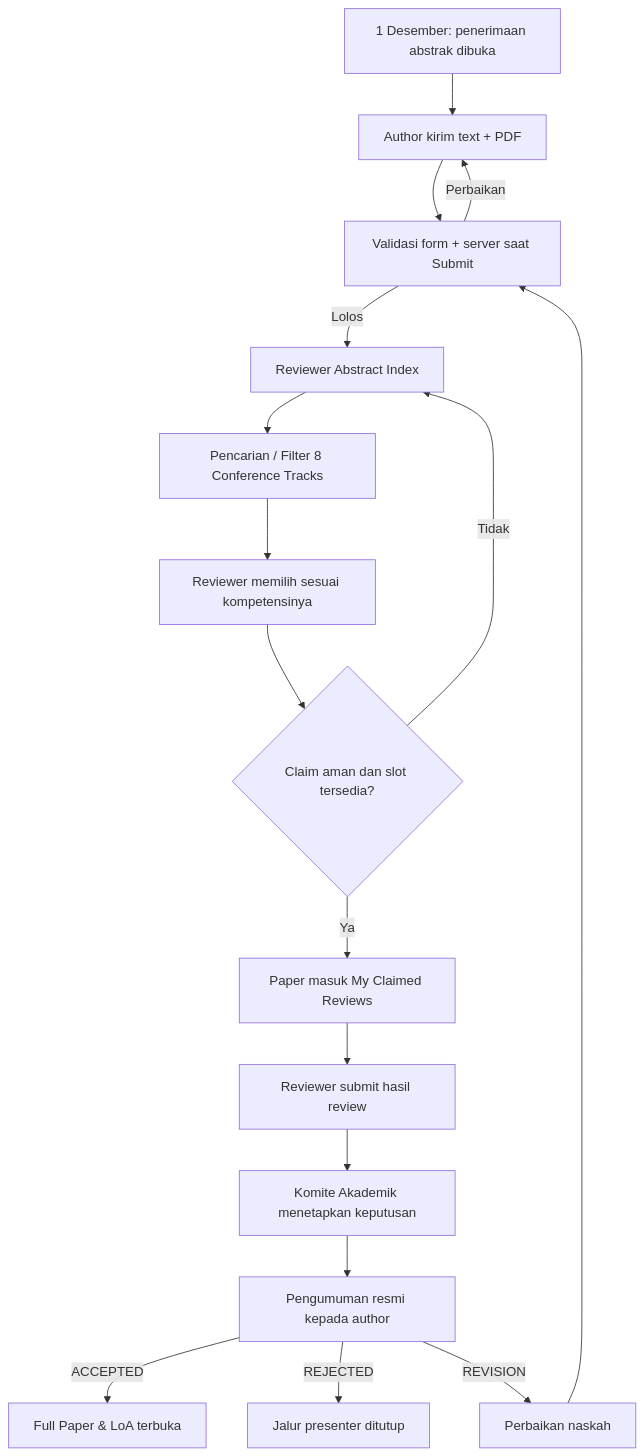
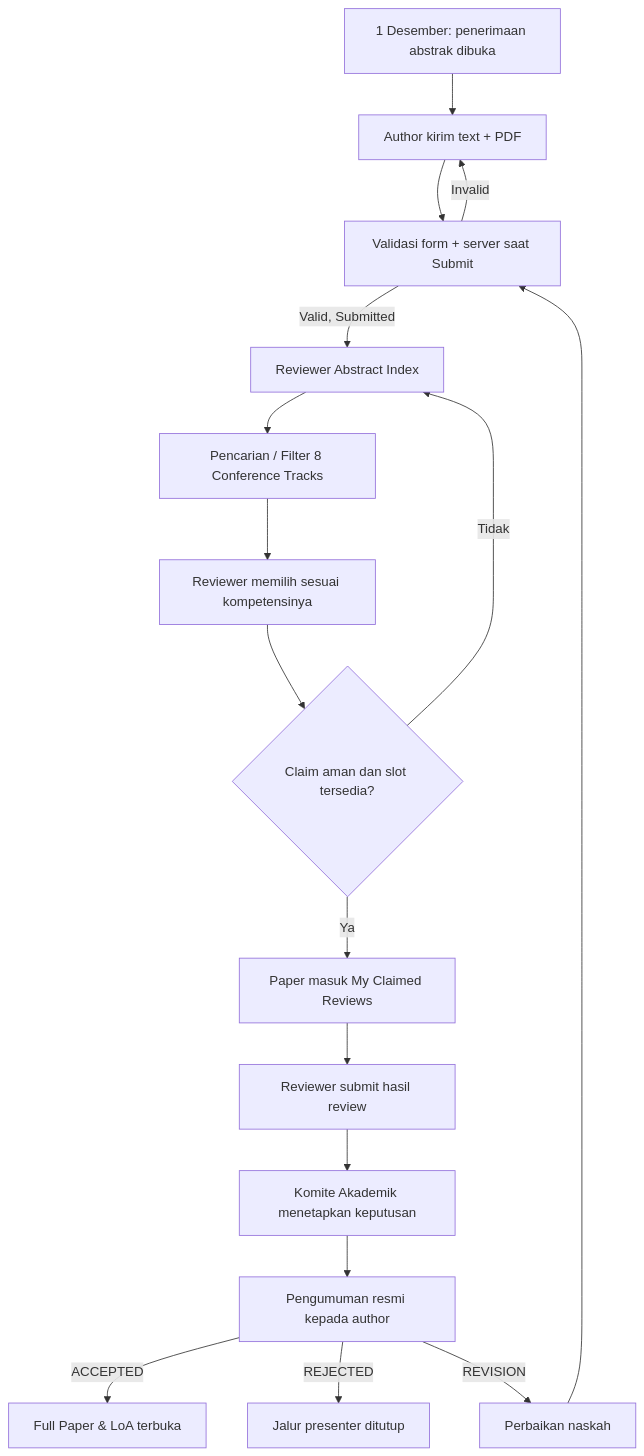
Before and after one commit to akhmadafnan/iches-unisya: the first of 3 diagrams in docs/11-KEPUTUSAN-OPERASIONAL-26-OKT-2026.md, drawn with Mermaid.

Commit message:
docs: QA consistency of direct reviewer submission workflow

````diff
--- a/docs/11-KEPUTUSAN-OPERASIONAL-26-OKT-2026.md
+++ b/docs/11-KEPUTUSAN-OPERASIONAL-26-OKT-2026.md
@@ -24,19 +24,19 @@
 ```mermaid
 flowchart TD
   A["1 Desember: penerimaan abstrak dibuka"] --> B["Author kirim text + PDF"]
   B --> C["Validasi form + server saat Submit"]
-  C -->|Perbaikan| B
-  C -->|Lolos| D["Reviewer Abstract Index"]
+  C -->|Invalid| B
+  C -->|Valid, Submitted| D["Reviewer Abstract Index"]
   D --> E["Pencarian / Filter 8 Conference Tracks"]
   E --> F["Reviewer memilih sesuai kompetensinya"]
   F --> G{"Claim aman dan slot tersedia?"}
   G -->|Ya| H["Paper masuk My Claimed Reviews"]
   G -->|Tidak| D
   H --> I["Reviewer submit hasil review"]
   I --> J["Komite Akademik menetapkan keputusan"]
   J --> K["Pengumuman resmi kepada author"]
   K -->|ACCEPTED| L["Full Paper & LoA terbuka"]
   K -->|REJECTED| M["Jalur presenter ditutup"]
   K -->|REVISION| N["Perbaikan naskah"]
   N --> C
 ```
````
